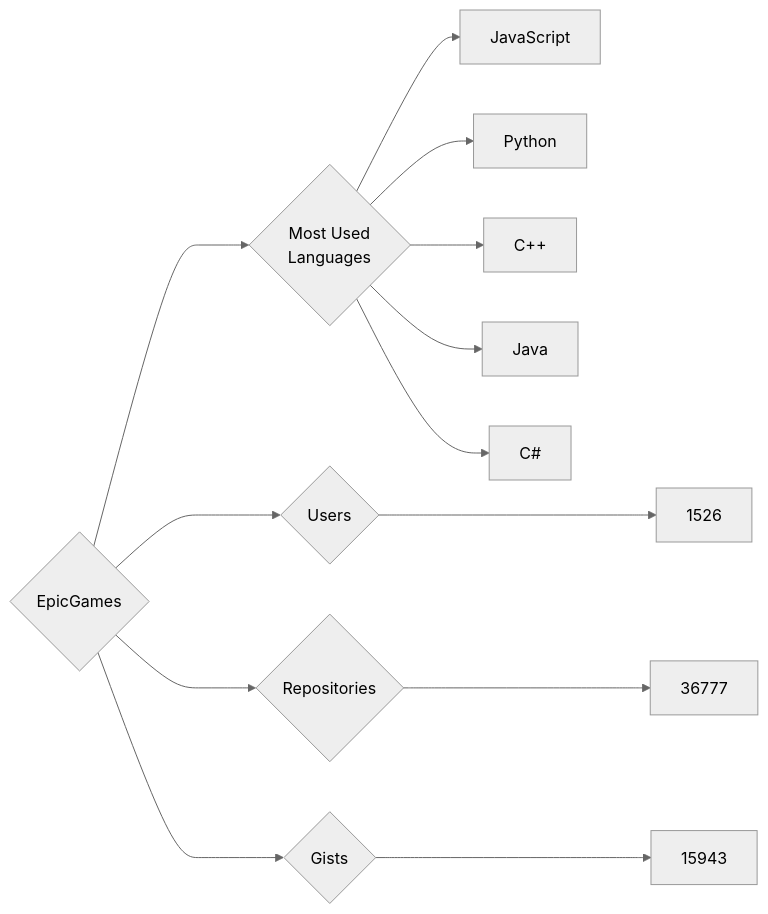
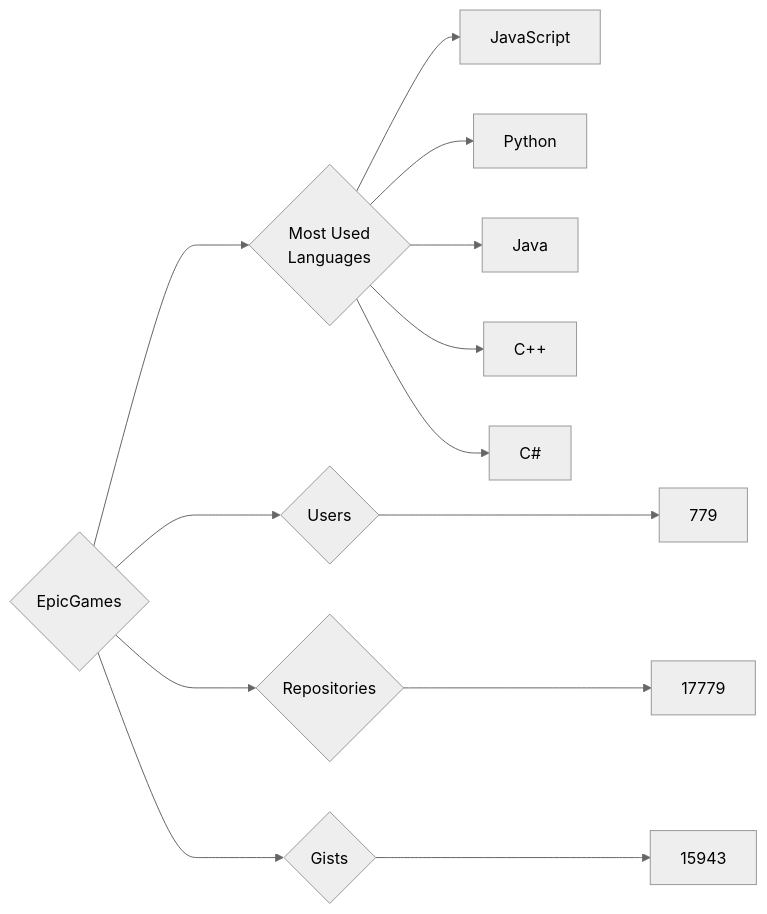
One commit to trickest/insiders changed the diagram in targets/EpicGames/README.md. Above: the diagram before and after it, drawn with Mermaid (neutral theme). The commit also changed 1020 other files, not shown here.

````diff
--- a/targets/EpicGames/README.md
+++ b/targets/EpicGames/README.md
@@ -3,13 +3,13 @@
 ```mermaid
 graph LR
 COMPANY_NAME{EpicGames}
-COMPANY_NAME ---> U{Users} ---> UN[1526]
-COMPANY_NAME ---> R{Repositories} ---> RN[36777]
+COMPANY_NAME ---> U{Users} ---> UN[779]
+COMPANY_NAME ---> R{Repositories} ---> RN[17779]
 COMPANY_NAME ---> G{Gists} ---> GN[15943]
 COMPANY_NAME ---> ML{Most Used<br>Languages}
 ML --> JavaScript[JavaScript]
 ML --> Python[Python]
+ML --> Java[Java]
 ML --> C++[C++]
-ML --> Java[Java]
 ML --> C#[C#]
 ```
````
